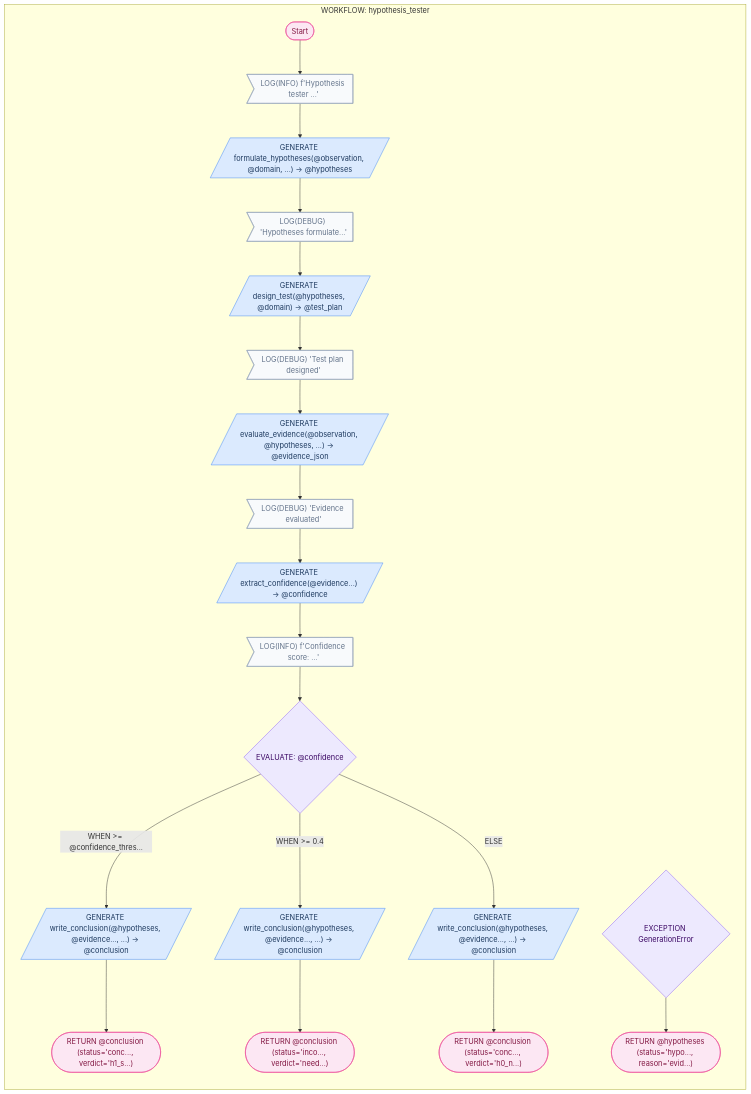
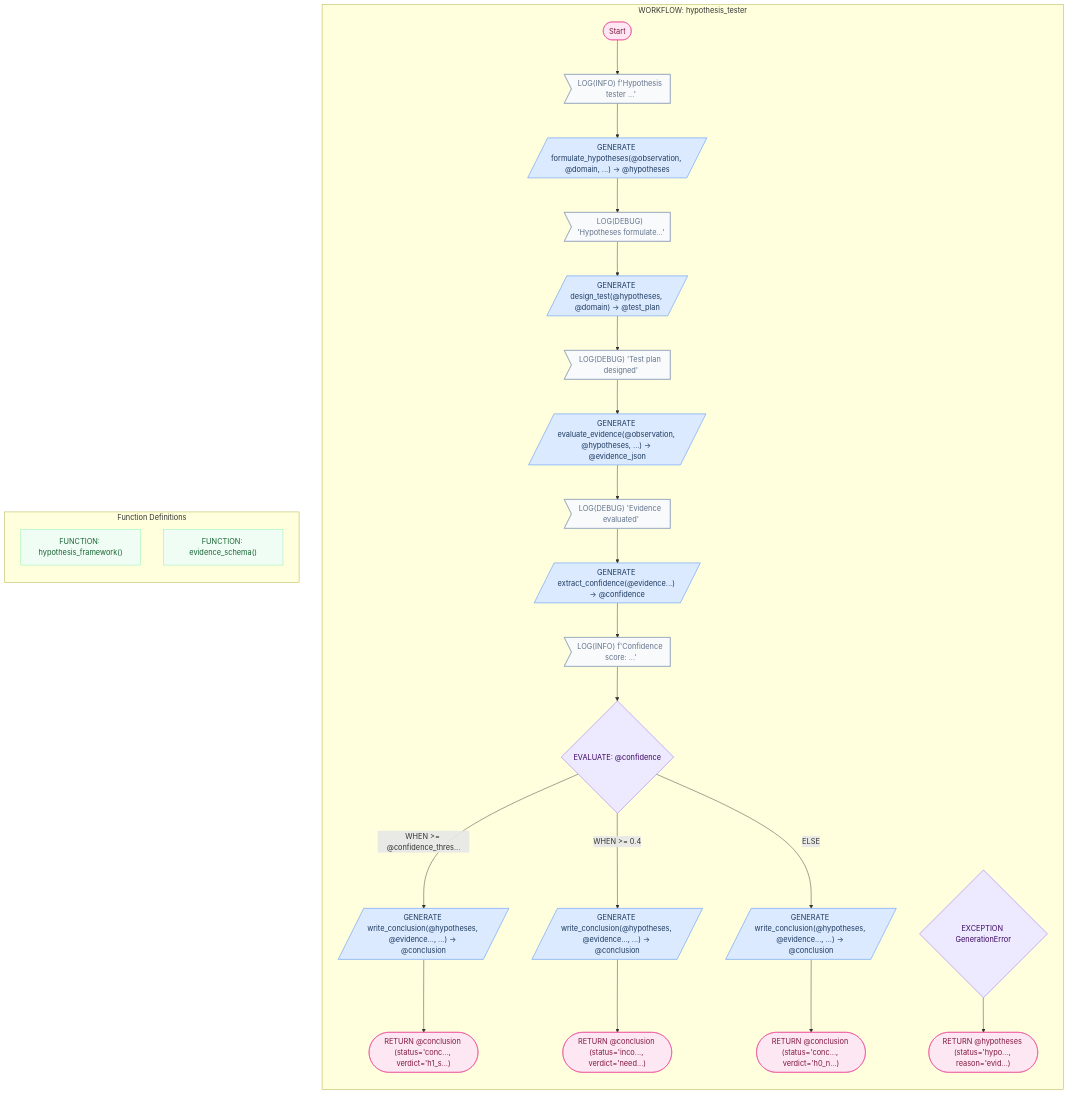
Before and after one commit to digital-duck/SPL.py: the diagram in cookbook/35_hypothesis_tester/mermaid/hypothesis.md, drawn with Mermaid. The commit also changed 334 other files, not shown here.

````diff
--- a/cookbook/35_hypothesis_tester/mermaid/hypothesis.md
+++ b/cookbook/35_hypothesis_tester/mermaid/hypothesis.md
@@ -7,66 +7,73 @@
 ```mermaid
 flowchart TD
     subgraph SG_hypothesis_tester["WORKFLOW: hypothesis_tester"]
     direction TB
     START1(["Start"])
     LOG2>"LOG(INFO) f'Hypothesis tester ...'"]
     GEN3[/"GENERATE formulate_hypotheses(@observation, @domain, ...) -> @hypotheses"/]
     LOG2 --> GEN3
     LOG4>"LOG(DEBUG) 'Hypotheses formulate...'"]
     GEN3 --> LOG4
     GEN5[/"GENERATE design_test(@hypotheses, @domain) -> @test_plan"/]
     LOG4 --> GEN5
     LOG6>"LOG(DEBUG) 'Test plan designed'"]
     GEN5 --> LOG6
     GEN7[/"GENERATE evaluate_evidence(@observation, @hypotheses, ...) -> @evidence_json"/]
     LOG6 --> GEN7
     LOG8>"LOG(DEBUG) 'Evidence evaluated'"]
     GEN7 --> LOG8
     GEN9[/"GENERATE extract_confidence(@evidence...) -> @confidence"/]
     LOG8 --> GEN9
     LOG10>"LOG(INFO) f'Confidence score: ...'"]
     GEN9 --> LOG10
     EVAL11{"EVALUATE: @confidence"}
     GEN13[/"GENERATE write_conclusion(@hypotheses, @evidence..., ...) -> @conclusion"/]
     RET14(["RETURN @conclusion (status='conc..., verdict='h1_s...)"])
     GEN13 --> RET14
     EVAL11 -->|"WHEN >= @confidence_thres..."| GEN13
     GEN15[/"GENERATE write_conclusion(@hypotheses, @evidence..., ...) -> @conclusion"/]
     RET16(["RETURN @conclusion (status='inco..., verdict='need...)"])
     GEN15 --> RET16
     EVAL11 -->|"WHEN >= 0.4"| GEN15
     GEN17[/"GENERATE write_conclusion(@hypotheses, @evidence..., ...) -> @conclusion"/]
     RET18(["RETURN @conclusion (status='conc..., verdict='h0_n...)"])
     GEN17 --> RET18
     EVAL11 -->|"ELSE"| GEN17
     LOG10 --> EVAL11
     START1 --> LOG2
     EXC19{"EXCEPTION GenerationError"}
     RET20(["RETURN @hypotheses (status='hypo..., reason='evid...)"])
     EXC19 --> RET20
     end
+    subgraph FUNCTIONS["Function Definitions"]
+    direction TB
+    FN21["FUNCTION: hypothesis_framework()"]
+    FN22["FUNCTION: evidence_schema()"]
+    end
     class START1 term
     class LOG2 log
     class GEN3 llm
     class LOG4 log
     class GEN5 llm
     class LOG6 log
     class GEN7 llm
     class LOG8 log
     class GEN9 llm
     class LOG10 log
     class EVAL11 ctrl
     class GEN13 llm
     class RET14 term
     class GEN15 llm
     class RET16 term
     class GEN17 llm
     class RET18 term
     class EXC19 ctrl
     class RET20 term
+    class FN21 fn
+    class FN22 fn
     classDef llm fill:#dbeafe,stroke:#3b82f6,color:#1e3a5f
     classDef ctrl fill:#ede9fe,stroke:#8b5cf6,color:#3b0764
     classDef term fill:#fce7f3,stroke:#ec4899,color:#831843
     classDef log fill:#f8fafc,stroke:#94a3b8,color:#64748b
     classDef fn fill:#f0fdf4,stroke:#86efac,color:#166534
 ```
````
